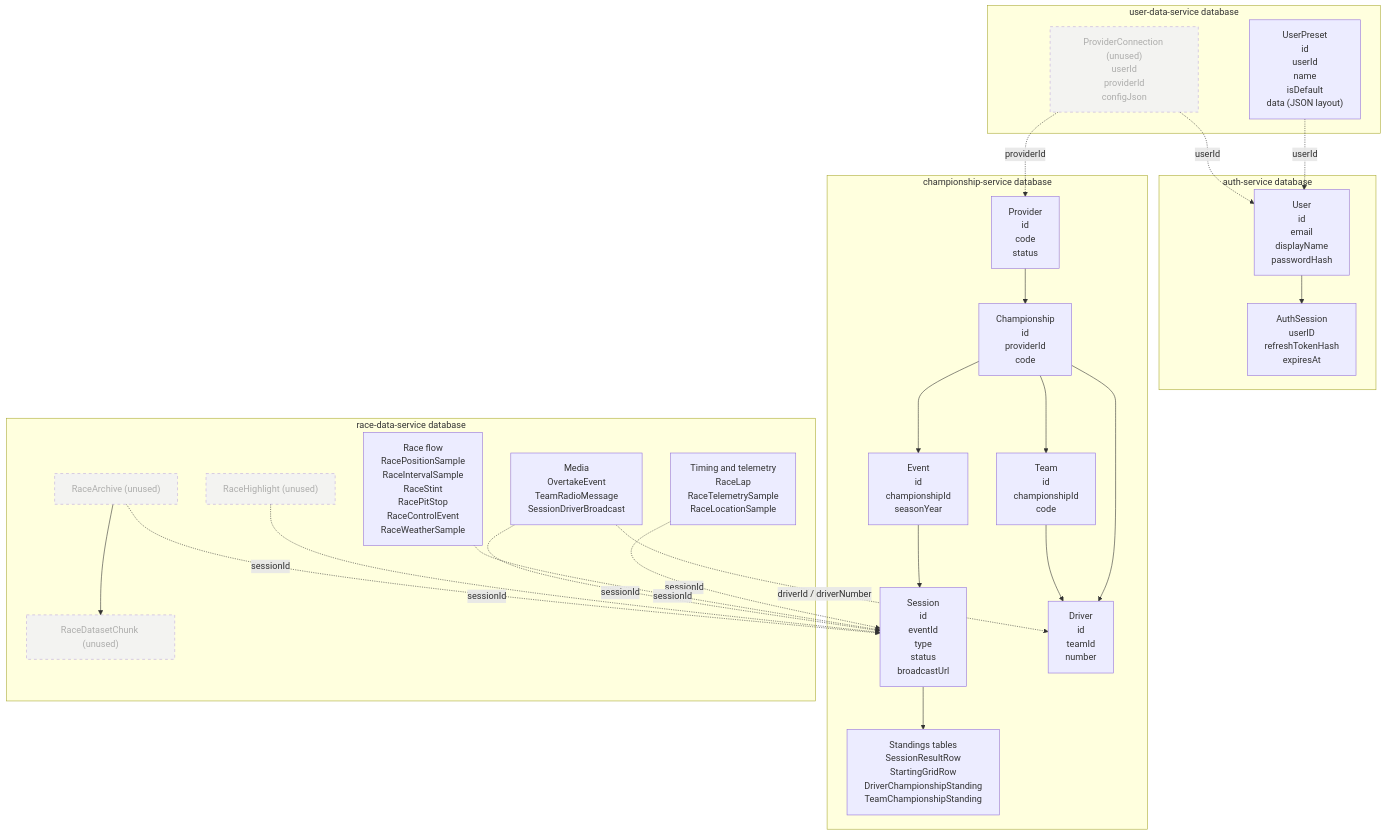
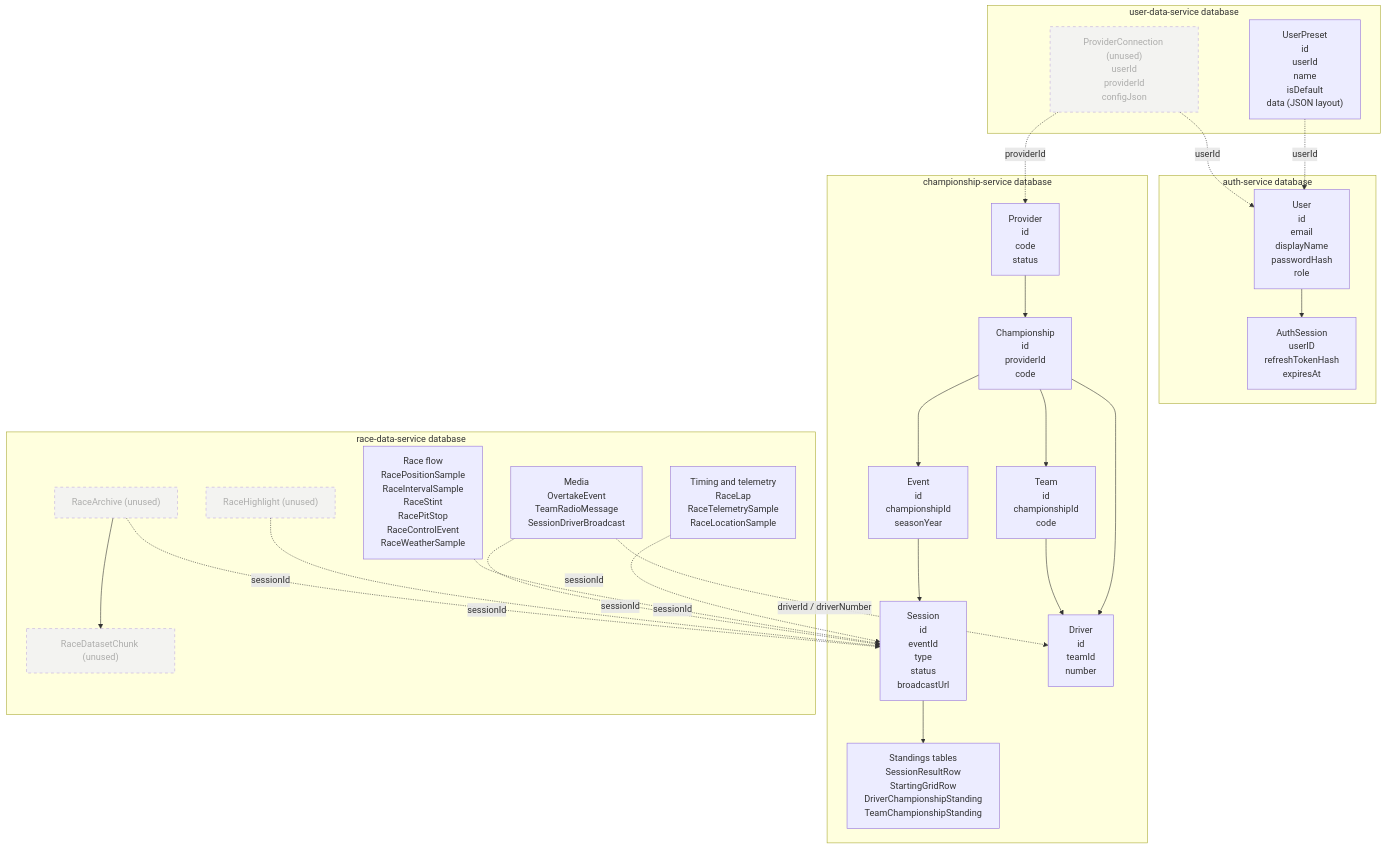
The diagram in docs/database-diagram.mmd (OverDrive-Motorsports/OD_Backend), drawn with Mermaid before and after one commit. The commit also changed 92 other files, not shown here.

```diff
--- a/docs/database-diagram.mmd
+++ b/docs/database-diagram.mmd
@@ -1,102 +1,103 @@
 flowchart TB
     subgraph AUTH_DB["auth-service database"]
         AUTH_USER["User
 id
 email
 displayName
-passwordHash"]
+passwordHash
+role"]
         AUTH_SESSION["AuthSession
 userID
 refreshTokenHash
 expiresAt"]
         AUTH_USER --> AUTH_SESSION
     end
 
     subgraph USER_DATA_DB["user-data-service database"]
         UDS_PRESET["UserPreset
 id
 userId
 name
 isDefault
 data (JSON layout)"]
         UDS_CONNECTION["ProviderConnection (unused)
 userId
 providerId
 configJson"]
     end
 
     subgraph CHAMPIONSHIP_DB["championship-service database"]
         CH_PROVIDER["Provider
 id
 code
 status"]
         CH_CHAMP["Championship
 id
 providerId
 code"]
         CH_EVENT["Event
 id
 championshipId
 seasonYear"]
         CH_SESSION["Session
 id
 eventId
 type
 status
 broadcastUrl"]
         CH_TEAM["Team
 id
 championshipId
 code"]
         CH_DRIVER["Driver
 id
 teamId
 number"]
         CH_STANDINGS["Standings tables
 SessionResultRow
 StartingGridRow
 DriverChampionshipStanding
 TeamChampionshipStanding"]
         CH_PROVIDER --> CH_CHAMP
         CH_CHAMP --> CH_EVENT
         CH_CHAMP --> CH_TEAM
         CH_CHAMP --> CH_DRIVER
         CH_EVENT --> CH_SESSION
         CH_TEAM --> CH_DRIVER
         CH_SESSION --> CH_STANDINGS
     end
 
     subgraph RACE_DATA_DB["race-data-service database"]
         RD_TIMING["Timing and telemetry
 RaceLap
 RaceTelemetrySample
 RaceLocationSample"]
         RD_FLOW["Race flow
 RacePositionSample
 RaceIntervalSample
 RaceStint
 RacePitStop
 RaceControlEvent
 RaceWeatherSample"]
         RD_MEDIA["Media
 OvertakeEvent
 TeamRadioMessage
 SessionDriverBroadcast"]
         RD_HIGHLIGHT["RaceHighlight (unused)"]
         RD_ARCHIVE["RaceArchive (unused)"]
         RD_CHUNK["RaceDatasetChunk (unused)"]
         RD_ARCHIVE --> RD_CHUNK
     end
 
     UDS_PRESET -. "userId" .-> AUTH_USER
     UDS_CONNECTION -. "userId" .-> AUTH_USER
     UDS_CONNECTION -. "providerId" .-> CH_PROVIDER
     RD_TIMING -. "sessionId" .-> CH_SESSION
     RD_FLOW -. "sessionId" .-> CH_SESSION
     RD_MEDIA -. "sessionId" .-> CH_SESSION
     RD_MEDIA -. "driverId / driverNumber" .-> CH_DRIVER
     RD_HIGHLIGHT -. "sessionId" .-> CH_SESSION
     RD_ARCHIVE -. "sessionId" .-> CH_SESSION
 
     classDef unused stroke-dasharray: 5 5,opacity:0.6
     class UDS_CONNECTION,RD_HIGHLIGHT,RD_ARCHIVE,RD_CHUNK unused
```
